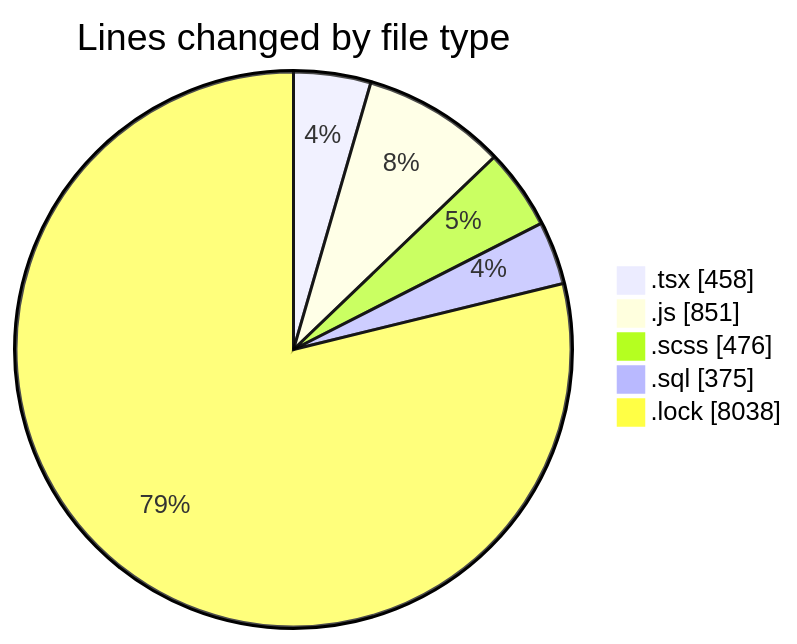
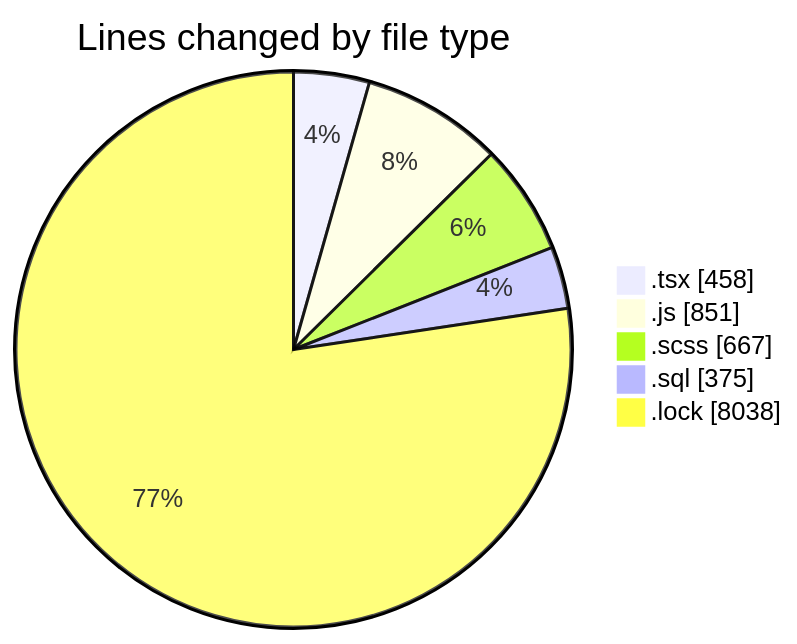
The first of 2 diagrams in 2025-03-18/cda/README.md (momahboobian/code-tracking), drawn with Mermaid before and after one commit. The commit also changed other lines of this file and 1 other file, not shown here.

````diff
--- a/2025-03-18/cda/README.md
+++ b/2025-03-18/cda/README.md
@@ -30,9 +30,9 @@
 ```mermaid
 pie showData
 title Lines changed by file type
 ".tsx" : 458
 ".js" : 851
-".scss" : 476
+".scss" : 667
 ".sql" : 375
 ".lock" : 8038
 ```
````
